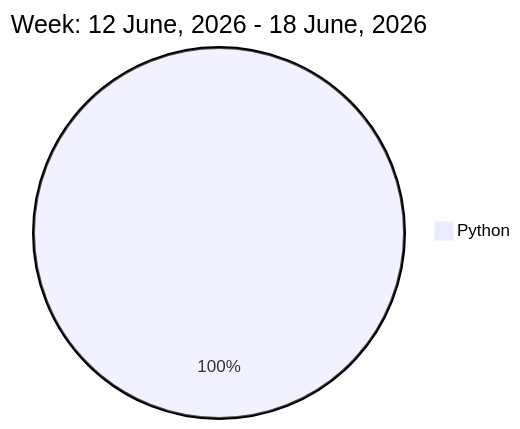
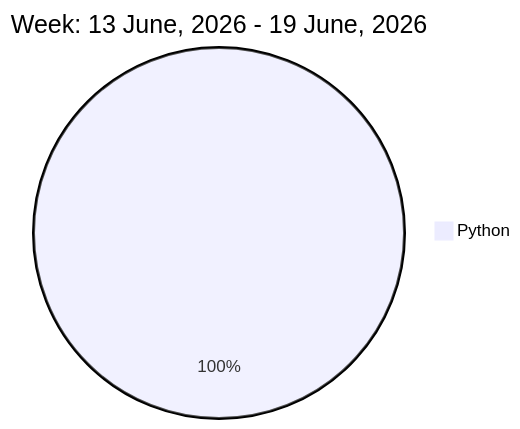
Before and after one commit to liubin95/liubin95: the diagram in README.md, drawn with Mermaid.

Commit message:
Updated the Graph with new Metrics

````diff
--- a/README.md
+++ b/README.md
@@ -32,5 +32,5 @@
 ```mermaid
  pie
-title Week: 12 June, 2026 - 18 June, 2026
- "Python" : 12.82
+title Week: 13 June, 2026 - 19 June, 2026
+ "Python" : 11.17
 ```
````
